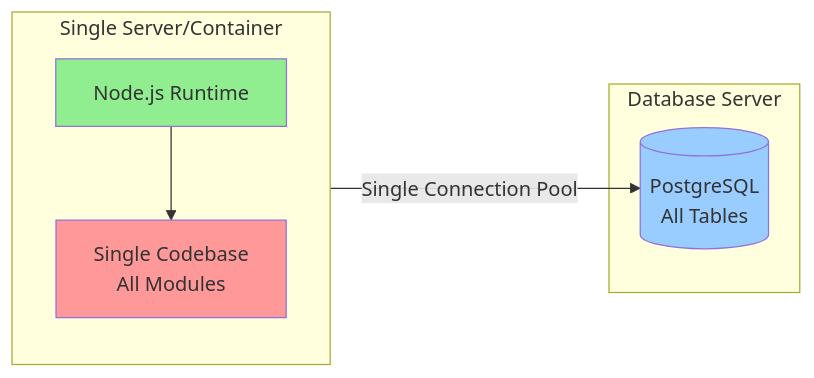
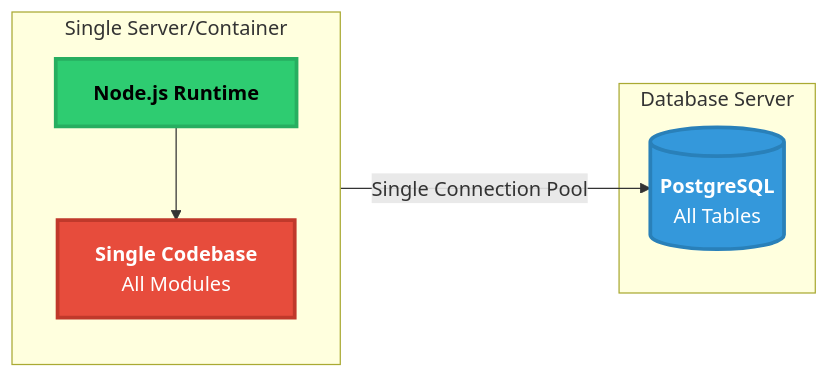
The second of 6 diagrams in diagrams/monolithic-architecture.md (martimmpr/epicjunior-backend-db-course), drawn with Mermaid before and after one commit. The commit also changed other lines of this file and 3 other files, not shown here.

Commit message:
docs: Improved Diagrams Readability.

````diff
--- a/diagrams/monolithic-architecture.md
+++ b/diagrams/monolithic-architecture.md
@@ -82,19 +95,19 @@
 ```mermaid
 graph LR
     subgraph "Single Server/Container"
         direction TB
-        Node[Node.js Runtime]
-        Code[Single Codebase<br/>All Modules]
+        Node["<b>Node.js Runtime</b>"]
+        Code["<b>Single Codebase</b><br/>All Modules"]
         Node --> Code
     end
     
     subgraph "Database Server"
-        PG[(PostgreSQL<br/>All Tables)]
+        PG[("<b>PostgreSQL</b><br/>All Tables")]
     end
     
     Code -->|Single Connection Pool| PG
     
-    style Node fill:#90EE90
-    style Code fill:#ff9999
-    style PG fill:#99ccff
+    style Node fill:#2ecc71,stroke:#27ae60,stroke-width:3px,color:#000
+    style Code fill:#e74c3c,stroke:#c0392b,stroke-width:3px,color:#fff
+    style PG fill:#3498db,stroke:#2980b9,stroke-width:3px,color:#fff
 ```
````
